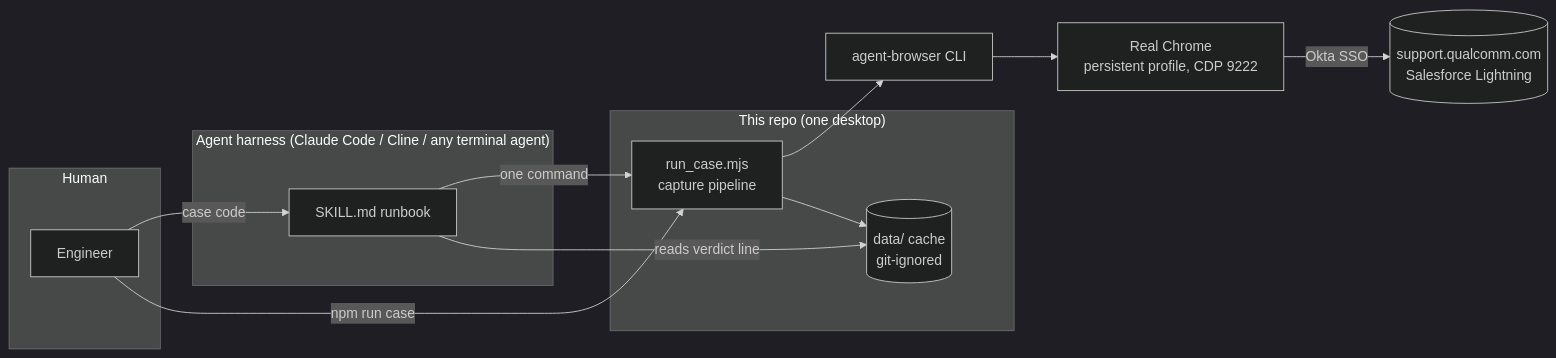
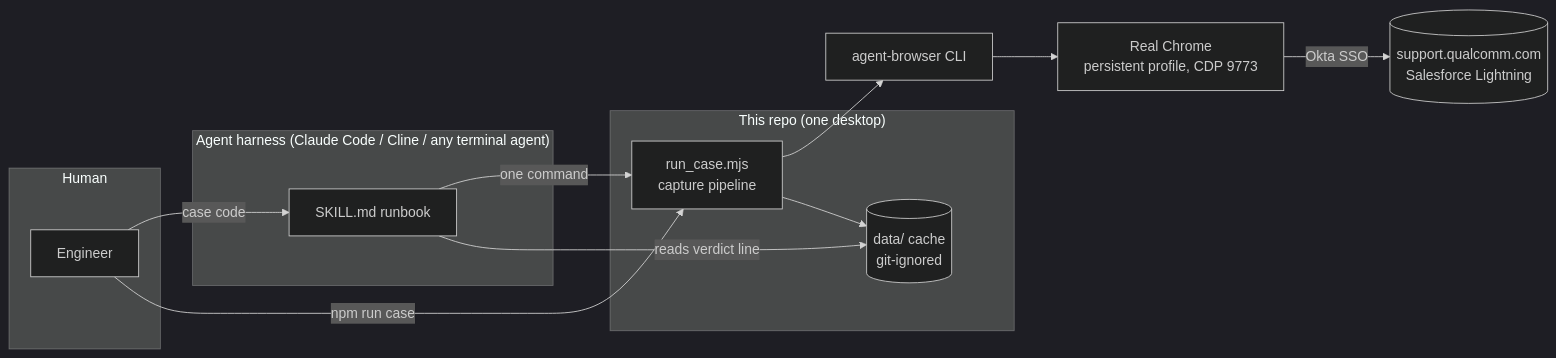
Before and after one commit to congtubkbn/qualcomm-case-agent: the first of 5 diagrams in docs/DESIGN.md, drawn with Mermaid (dark theme). The commit also changed other lines of this file and 16 other files, not shown here.

````diff
--- a/docs/DESIGN.md
+++ b/docs/DESIGN.md
@@ -47,23 +47,23 @@
 ```mermaid
 graph LR
   subgraph Human
     U[Engineer]
   end
   subgraph "Agent harness (Claude Code / Cline / any terminal agent)"
     S[SKILL.md runbook]
   end
   subgraph "This repo (one desktop)"
     RC[run_case.mjs<br/>capture pipeline]
     FS[(data/ cache<br/>git-ignored)]
   end
   AB[agent-browser CLI]
-  CH[Real Chrome<br/>persistent profile, CDP 9222]
+  CH[Real Chrome<br/>persistent profile, CDP 9773]
   QC[(support.qualcomm.com<br/>Salesforce Lightning)]
 
   U -->|case code| S
   S -->|one command| RC
   U -->|npm run case| RC
   RC --> AB --> CH -->|Okta SSO| QC
   RC --> FS
   S -->|reads verdict line| FS
 ```
````
